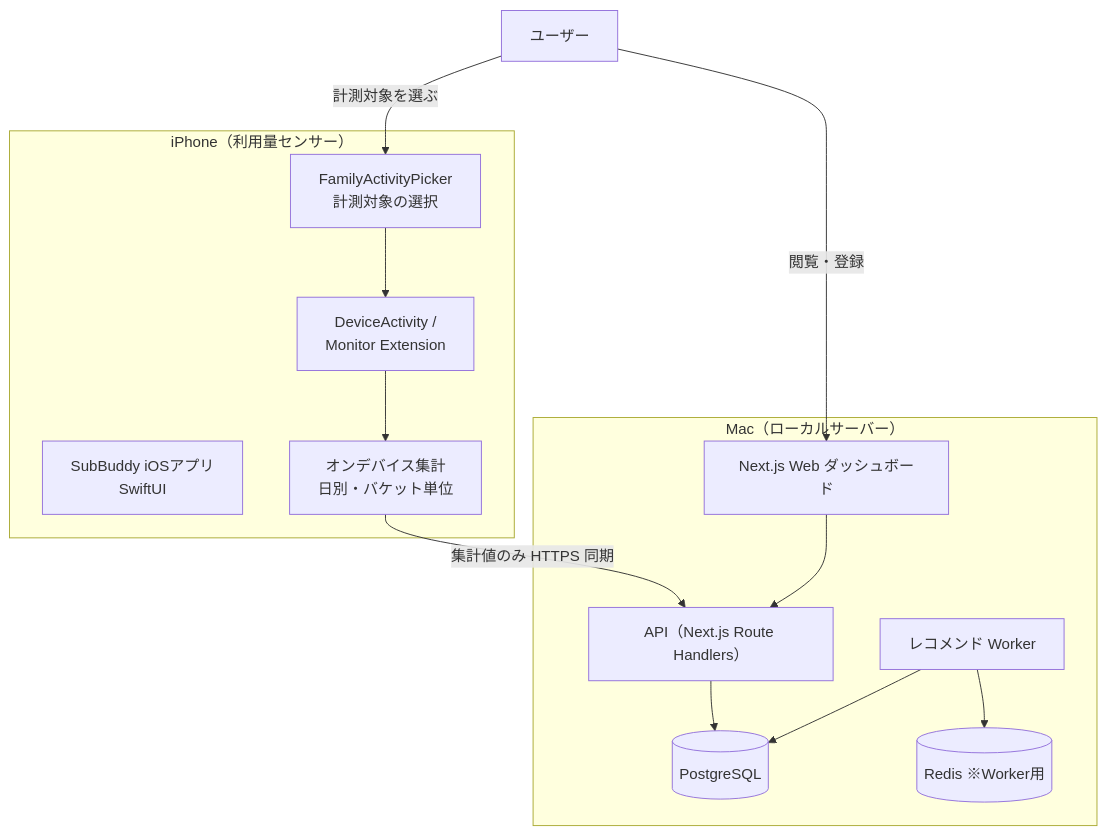
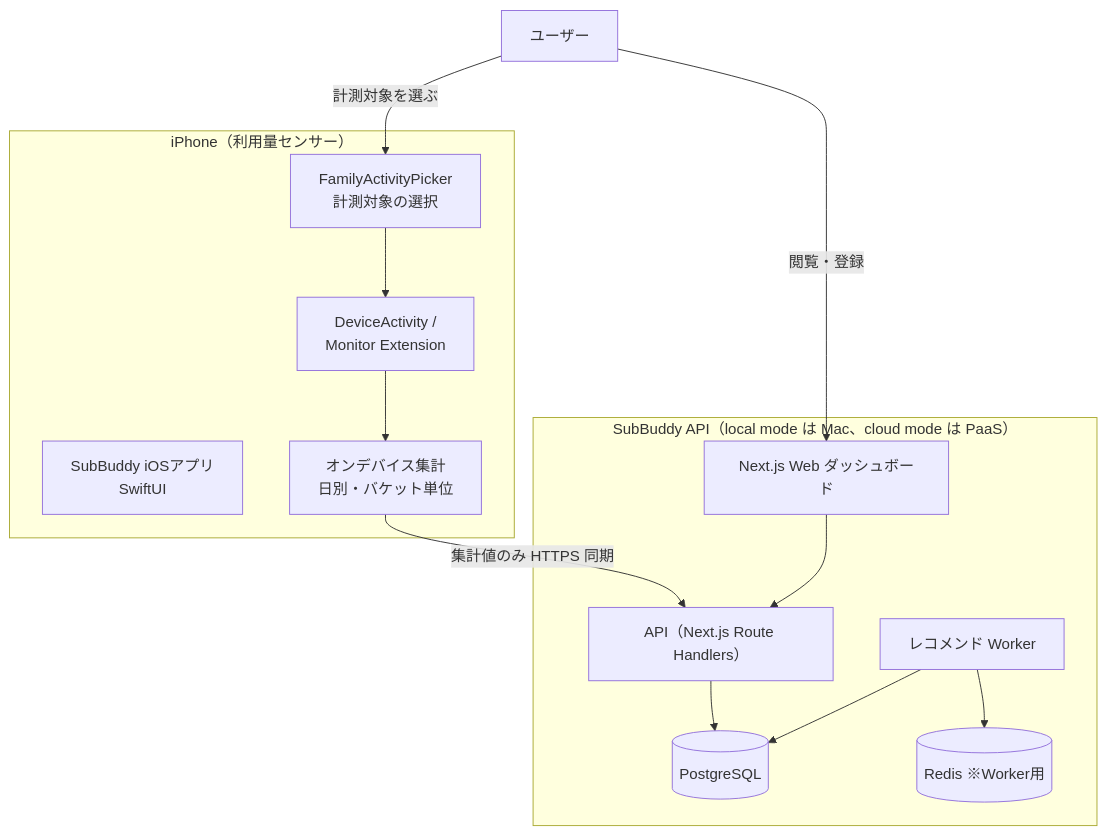
The first of 7 diagrams in docs/functional-design.md (Shintaro-Abe/SubBuddy), drawn with Mermaid before and after one commit. The commit also changed other lines of this file and 67 other files, not shown here.

````diff
--- a/docs/functional-design.md
+++ b/docs/functional-design.md
@@ -29,30 +29,30 @@
 ```mermaid
 flowchart TB
   User[ユーザー]
 
   subgraph iPhone[iPhone（利用量センサー）]
     IOSApp[SubBuddy iOSアプリ<br/>SwiftUI]
     Picker[FamilyActivityPicker<br/>計測対象の選択]
     DA[DeviceActivity /<br/>Monitor Extension]
     LocalAgg[オンデバイス集計<br/>日別・バケット単位]
   end
 
-  subgraph Mac[Mac（ローカルサーバー）]
+  subgraph Server[SubBuddy API（local mode は Mac、cloud mode は PaaS）]
     Web[Next.js Web ダッシュボード]
     API[API（Next.js Route Handlers）]
     Worker[レコメンド Worker]
     DB[(PostgreSQL)]
     Redis[(Redis ※Worker用)]
   end
 
   User -->|計測対象を選ぶ| Picker
   Picker --> DA
   DA --> LocalAgg
   LocalAgg -->|集計値のみ HTTPS 同期| API
 
   User -->|閲覧・登録| Web
   Web --> API
   API --> DB
   Worker --> DB
   Worker --> Redis
 ```
````
